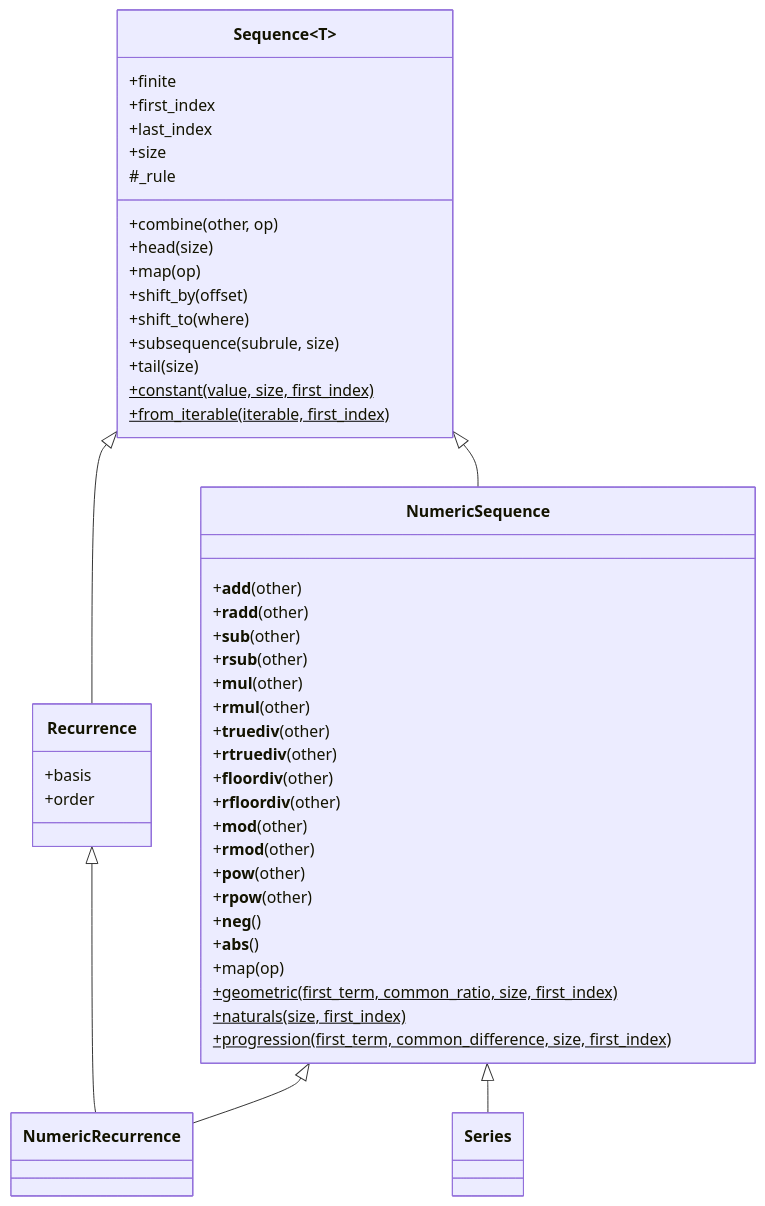
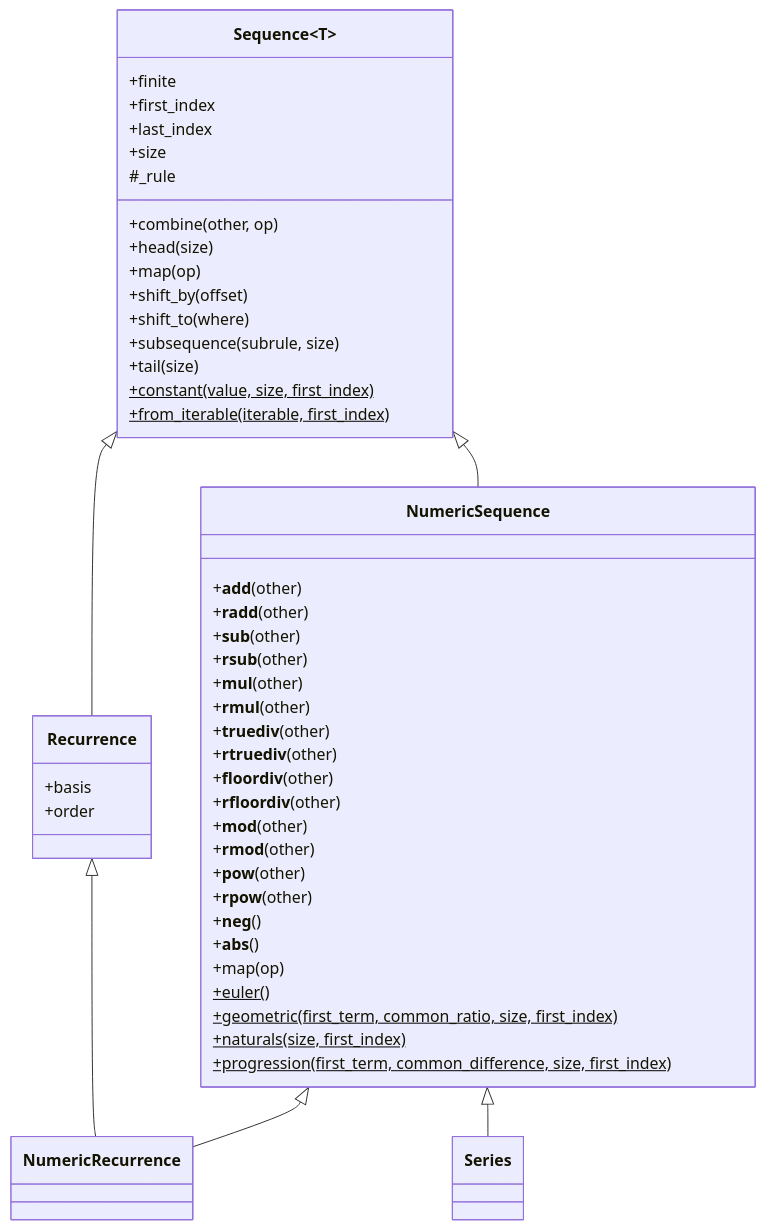
One commit to avikpln/calculus changed the diagram in ARCHITECTURE.md. Above: the diagram before and after it, drawn with Mermaid. The commit also changed 4 other files, not shown here.

Commit message:
Add the sequence defining e to NumericSequence

````diff
--- a/ARCHITECTURE.md
+++ b/ARCHITECTURE.md
@@ -8,56 +8,57 @@
 ```mermaid
 classDiagram
     class Sequence~T~ {
         +finite
         +first_index
         +last_index
         +size
         +combine(other, op)
         +head(size)
         +map(op)
         +shift_by(offset)
         +shift_to(where)
         +subsequence(subrule, size)
         +tail(size)
         +constant(value, size, first_index)$
         +from_iterable(iterable, first_index)$
         #_rule
     }
 
     class NumericSequence {
         +__add__(other)
         +__radd__(other)
         +__sub__(other)
         +__rsub__(other)
         +__mul__(other)
         +__rmul__(other)
         +__truediv__(other)
         +__rtruediv__(other)
         +__floordiv__(other)
         +__rfloordiv__(other)
         +__mod__(other)
         +__rmod__(other)
         +__pow__(other)
         +__rpow__(other)
         +__neg__()
         +__abs__()
         +map(op)
+        +euler()$
         +geometric(first_term, common_ratio, size, first_index)$
         +naturals(size, first_index)$
         +progression(first_term, common_difference, size, first_index)$
     }
 
     Sequence <|-- NumericSequence
 
     class Recurrence {
         +basis
         +order
     }
 
     Sequence <|-- Recurrence
 
     NumericSequence <|-- NumericRecurrence
     Recurrence <|-- NumericRecurrence
 
     NumericSequence <|-- Series
 ```
````
